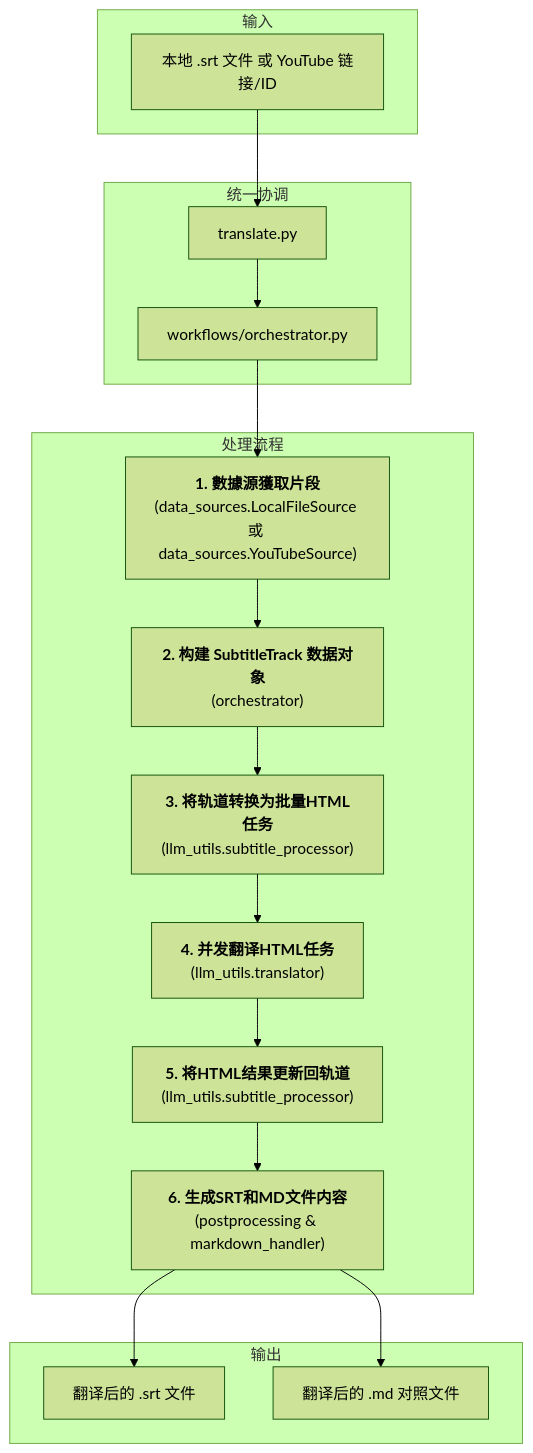
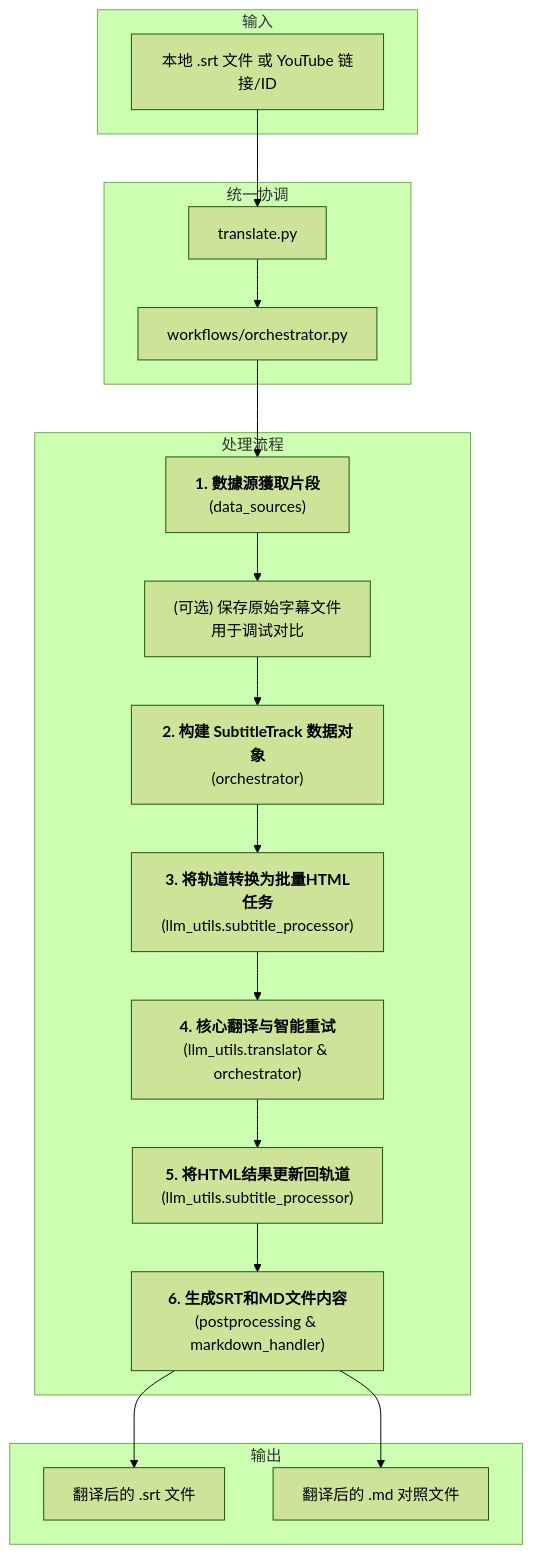
One commit to kuniyao/MultiMediaGenAI changed the diagram in docs/subtitle_translation_workflow.md. Above: the diagram before and after it, drawn with Mermaid (forest theme). The commit also changed other lines of this file and 2 other files, not shown here.

````diff
--- a/docs/subtitle_translation_workflow.md
+++ b/docs/subtitle_translation_workflow.md
@@ -15,28 +15,29 @@
 ```mermaid
 graph TD;
     subgraph Input [输入]
         A[本地 .srt 文件 或 YouTube 链接/ID]
     end
 
     subgraph Orchestration [统一协调]
         O1[translate.py]
         O2[workflows/orchestrator.py]
     end
 
     subgraph Processing [处理流程]
-        B["<b>1. 數據源獲取片段</b><br>(data_sources.LocalFileSource 或 data_sources.YouTubeSource)"]
+        B["<b>1. 數據源獲取片段</b><br>(data_sources)"]
+        B_OUT["(可选) 保存原始字幕文件<br>用于调试对比"]
         C["<b>2. 构建 SubtitleTrack 数据对象</b><br>(orchestrator)"]
         D["<b>3. 将轨道转换为批量HTML任务</b><br>(llm_utils.subtitle_processor)"]
-        E["<b>4. 并发翻译HTML任务</b><br>(llm_utils.translator)"]
+        E["<b>4. 核心翻译与智能重试</b><br>(llm_utils.translator & orchestrator)"]
         F["<b>5. 将HTML结果更新回轨道</b><br>(llm_utils.subtitle_processor)"]
         G["<b>6. 生成SRT和MD文件内容</b><br>(postprocessing & markdown_handler)"]
     end
 
     subgraph Output [输出]
         H1[翻译后的 .srt 文件]
         H2[翻译后的 .md 对照文件]
     end
 
-    A --> O1 --> O2 --> B --> C --> D --> E --> F --> G;
+    A --> O1 --> O2 --> B --> B_OUT --> C --> D --> E --> F --> G;
     G --> H1 & H2;
 ```
````
